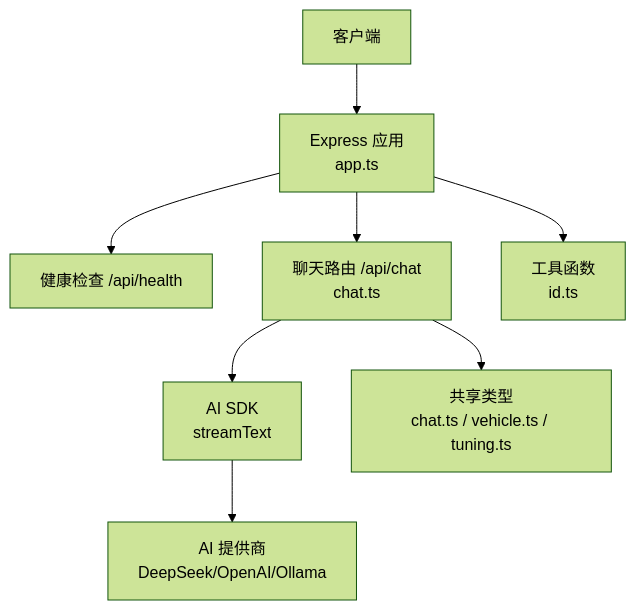
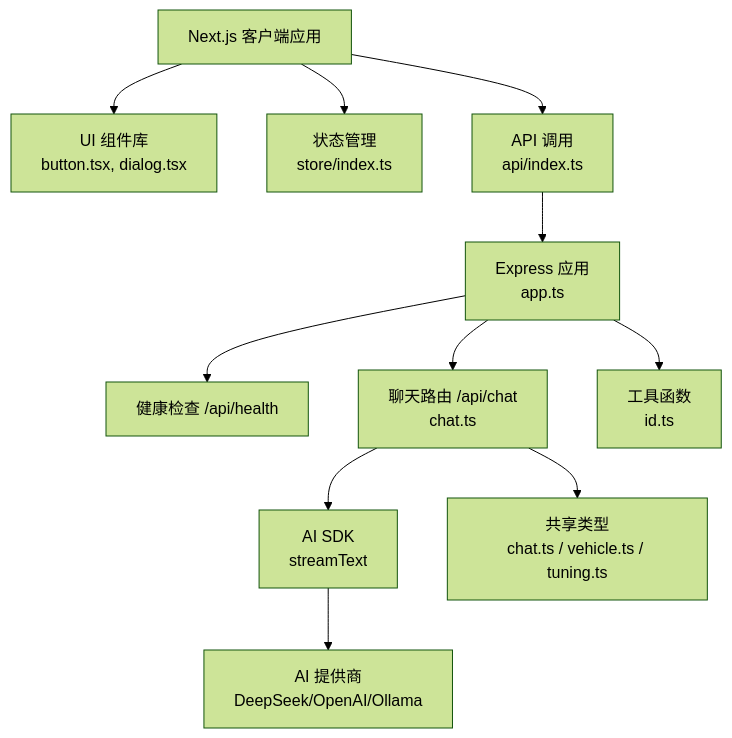
One commit to aHin0805/FH6CarSettingAgent changed the second of 8 diagrams in .qoder/repowiki/zh/content/系统架构.md. Above: the diagram before and after it, drawn with Mermaid (forest theme). The commit also changed other lines of this file and 12 other files, not shown here.

````diff
--- a/.qoder/repowiki/zh/content/系统架构.md
+++ b/.qoder/repowiki/zh/content/系统架构.md
@@ -73,10 +103,13 @@
 ```mermaid
 graph TB
-Client["客户端"] --> ExpressApp["Express 应用<br/>app.ts"]
+ClientApp["Next.js 客户端应用"] --> UIComponents["UI 组件库<br/>button.tsx, dialog.tsx"]
+ClientApp --> StateManagement["状态管理<br/>store/index.ts"]
+ClientApp --> APICalls["API 调用<br/>api/index.ts"]
+APICalls --> ExpressApp["Express 应用<br/>app.ts"]
 ExpressApp --> Health["健康检查 /api/health"]
 ExpressApp --> ChatRouter["聊天路由 /api/chat<br/>chat.ts"]
 ChatRouter --> AISDK["AI SDK<br/>streamText"]
 AISDK --> Provider["AI 提供商<br/>DeepSeek/OpenAI/Ollama"]
 ChatRouter --> Types["共享类型<br/>chat.ts / vehicle.ts / tuning.ts"]
 ExpressApp --> Utils["工具函数<br/>id.ts"]
 ```
````
